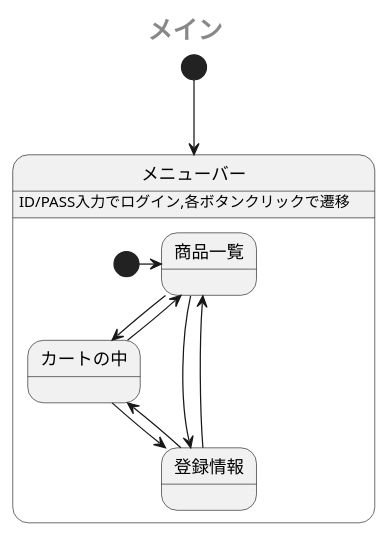
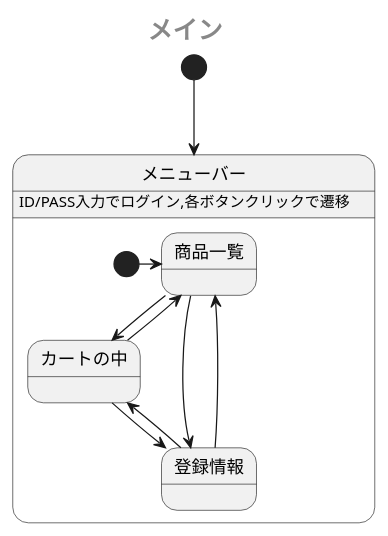
Before and after one commit to Aso2001385/2021sys-design: the first of 2 diagrams in sample/StateMachine.md, drawn with PlantUML.

````diff
--- a/sample/StateMachine.md
+++ b/sample/StateMachine.md
@@ -1,20 +1,21 @@
 ```uml
 @startuml
  center header <size:20><b>メイン</b></size>
  [*] --> メニューバー
  state メニューバー {
    メニューバー: ID/PASS入力でログイン,各ボタンクリックで遷移
    [*] -> 商品一覧
    商品一覧 -down-> カートの中
    カートの中 -up-> 商品一覧
    カートの中 -down-> 登録情報
    登録情報 -up-> カートの中
    商品一覧 -right-> 登録情報
+   商品一覧 -[hidden]> 登録情報
    登録情報 -left-> 商品一覧
    登録情報 -[hidden]> 商品一覧
-   登録情報 -[hidden]> 商品一覧
+   
 
  }
  
 @enduml
 ```
````
